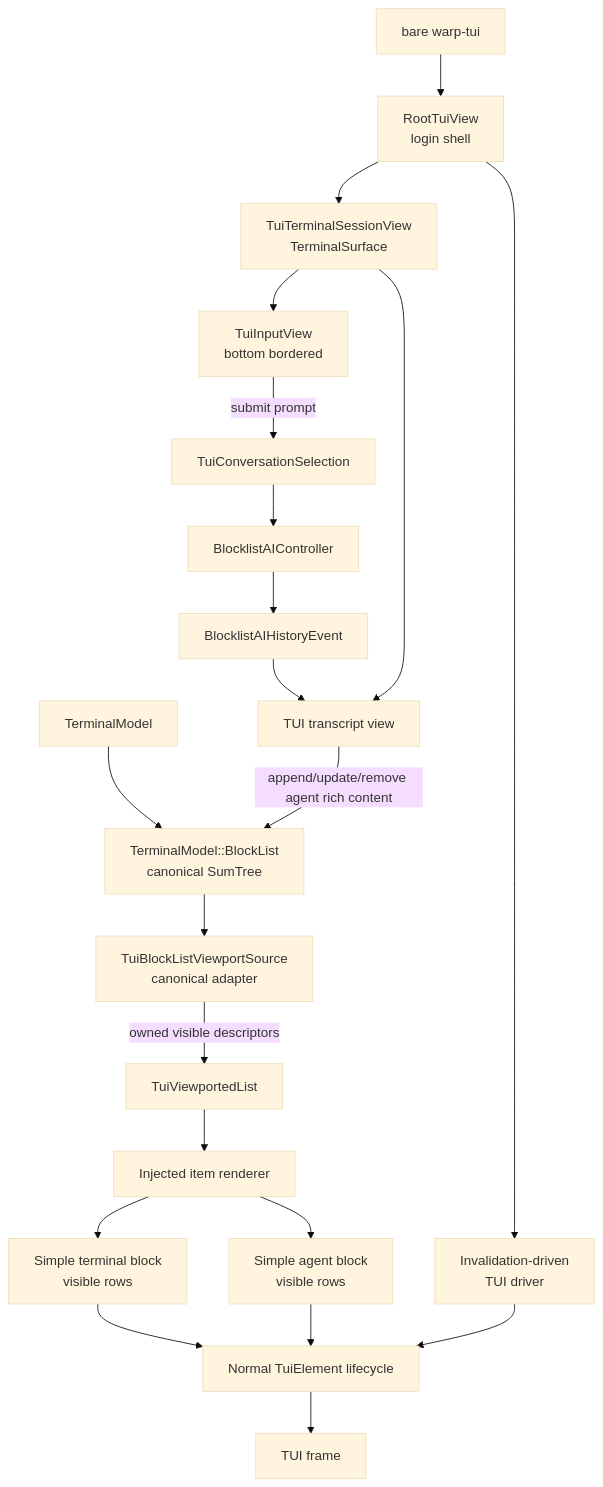
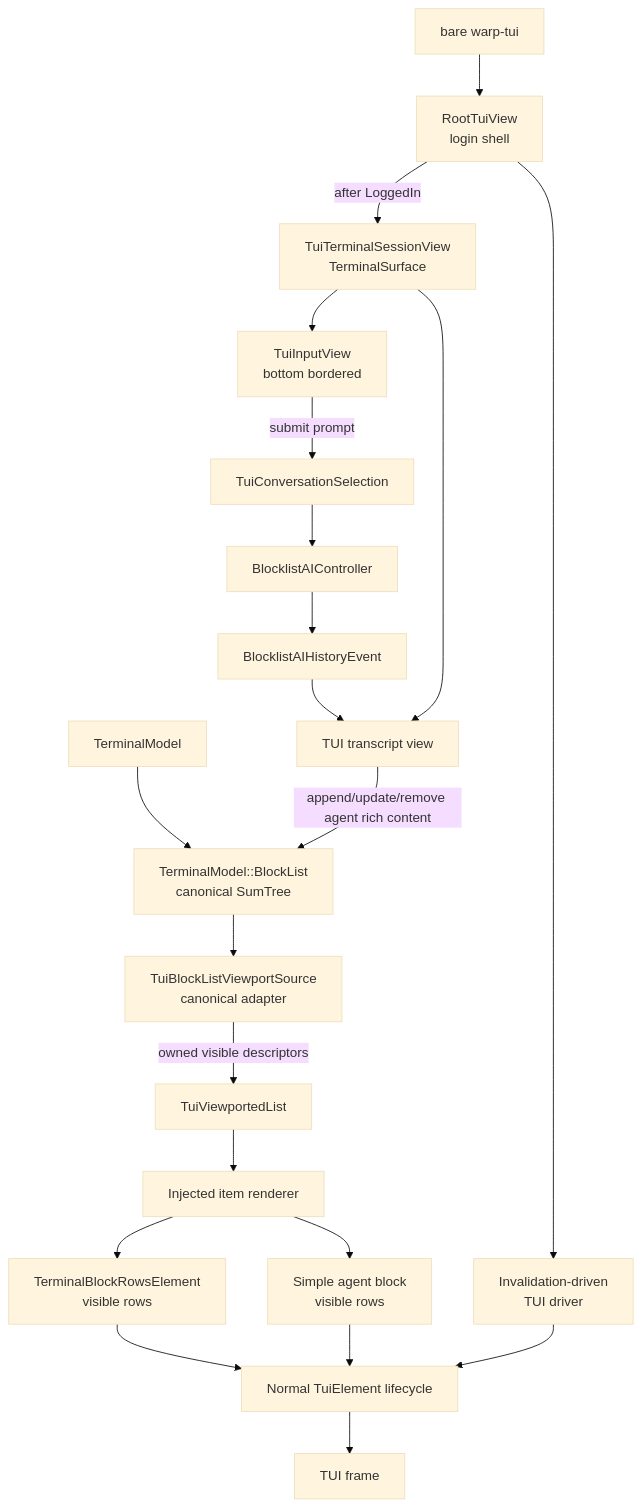
Before and after one commit to warpdotdev/warp: the diagram in specs/tui-transcript-view/TECH.md, drawn with Mermaid (base theme). The commit also changed other lines of this file and 15 other files, not shown here.

````diff
--- a/specs/tui-transcript-view/TECH.md
+++ b/specs/tui-transcript-view/TECH.md
@@ -127,23 +129,23 @@
 ```mermaid
 flowchart TD
   Init["bare warp-tui"] --> Root["RootTuiView<br/>login shell"]
   Root --> Driver["Invalidation-driven<br/>TUI driver"]
-  Root --> Session["TuiTerminalSessionView<br/>TerminalSurface"]
+  Root -->|after LoggedIn| Session["TuiTerminalSessionView<br/>TerminalSurface"]
   Session --> Input["TuiInputView<br/>bottom bordered"]
   Input -->|submit prompt| Selection["TuiConversationSelection"]
   Selection --> Controller["BlocklistAIController"]
   Controller --> History
   History["BlocklistAIHistoryEvent"] --> Transcript["TUI transcript view"]
   Session --> Transcript
   TerminalModel --> BlockList["TerminalModel::BlockList<br/>canonical SumTree"]
   Transcript -->|append/update/remove agent rich content| BlockList
   BlockList --> Index["TuiBlockListViewportSource<br/>canonical adapter"]
   Index -->|owned visible descriptors| Viewport["TuiViewportedList"]
   Viewport --> Render["Injected item renderer"]
-  Render --> Terminal["Simple terminal block<br/>visible rows"]
+  Render --> Terminal["TerminalBlockRowsElement<br/>visible rows"]
   Render --> Agent["Simple agent block<br/>visible rows"]
   Terminal --> Presenter["Normal TuiElement lifecycle"]
   Agent --> Presenter
   Presenter --> Frame["TUI frame"]
   Driver --> Presenter
 ```
````
